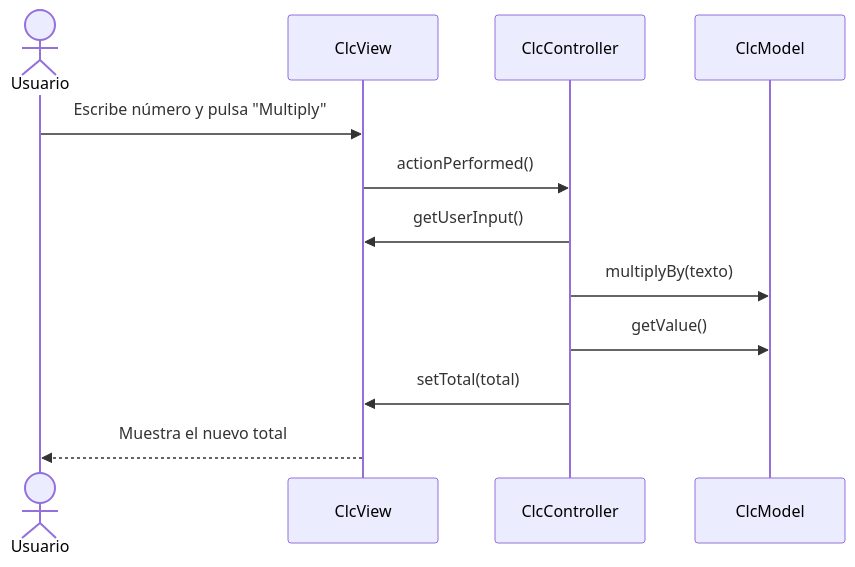
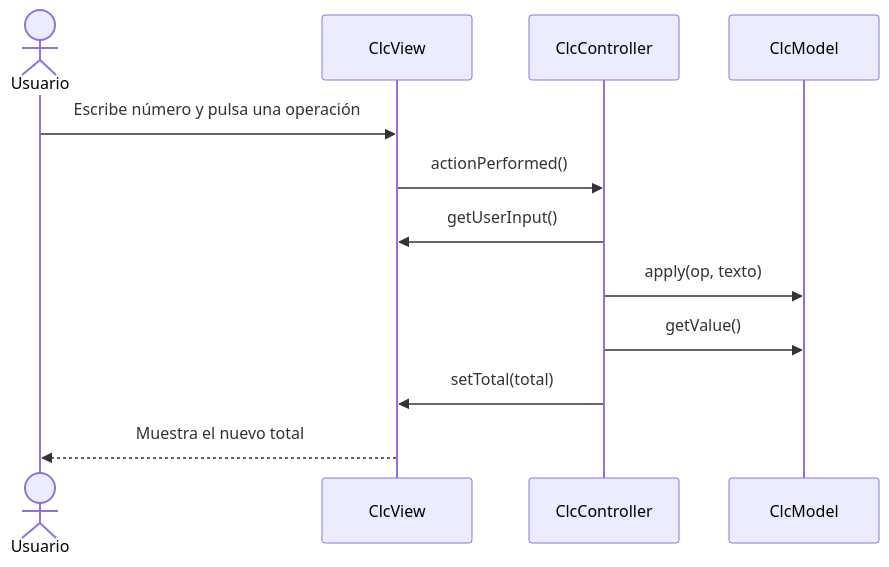
One commit to Rams3s-R/Poo-PDs changed the first of 3 diagrams in PD3/README.md. Above: the diagram before and after it, drawn with Mermaid. The commit also changed other lines of this file and 1 other file, not shown here.

````diff
--- a/PD3/README.md
+++ b/PD3/README.md
@@ -69,14 +73,14 @@
 ```mermaid
 sequenceDiagram
     actor U as Usuario
     participant V as ClcView
     participant C as ClcController
     participant M as ClcModel
-    U->>V: Escribe número y pulsa "Multiply"
+    U->>V: Escribe número y pulsa una operación
     V->>C: actionPerformed()
     C->>V: getUserInput()
-    C->>M: multiplyBy(texto)
+    C->>M: apply(op, texto)
     C->>M: getValue()
     C->>V: setTotal(total)
     V-->>U: Muestra el nuevo total
 ```
````
